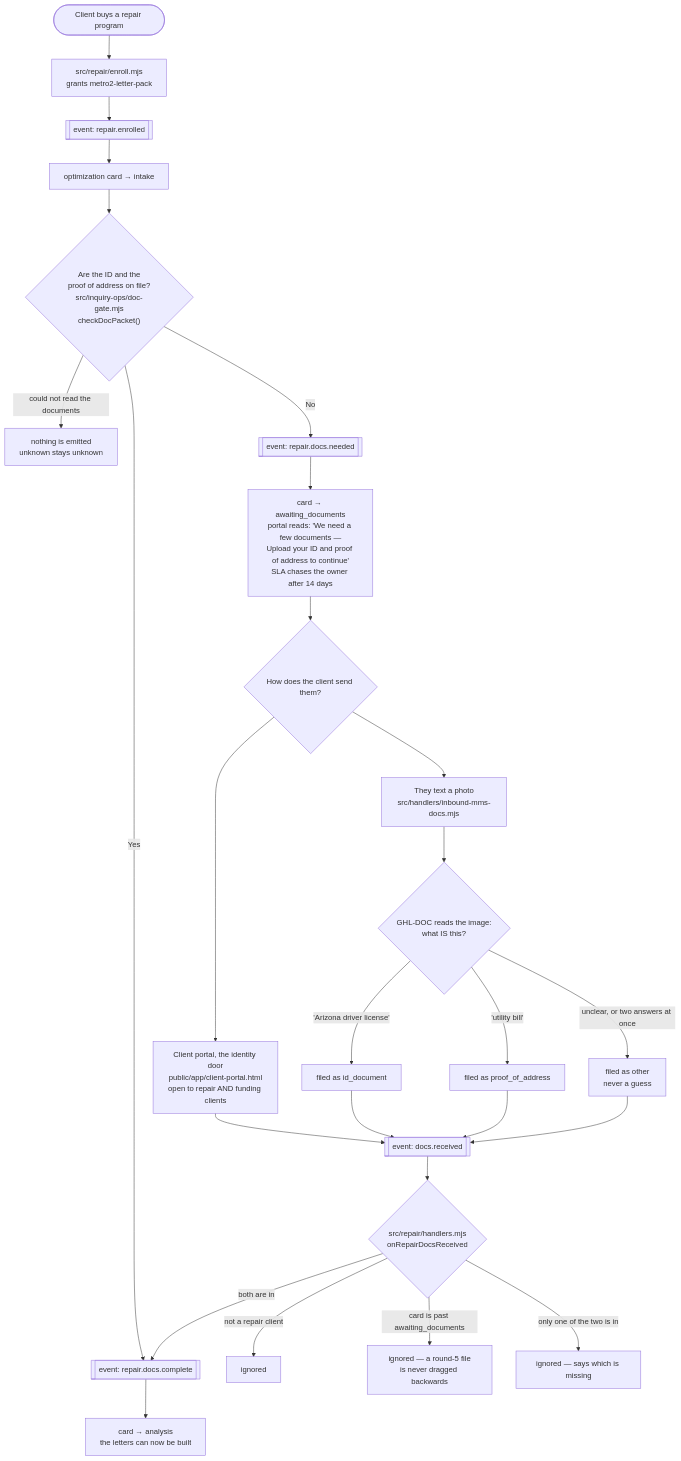
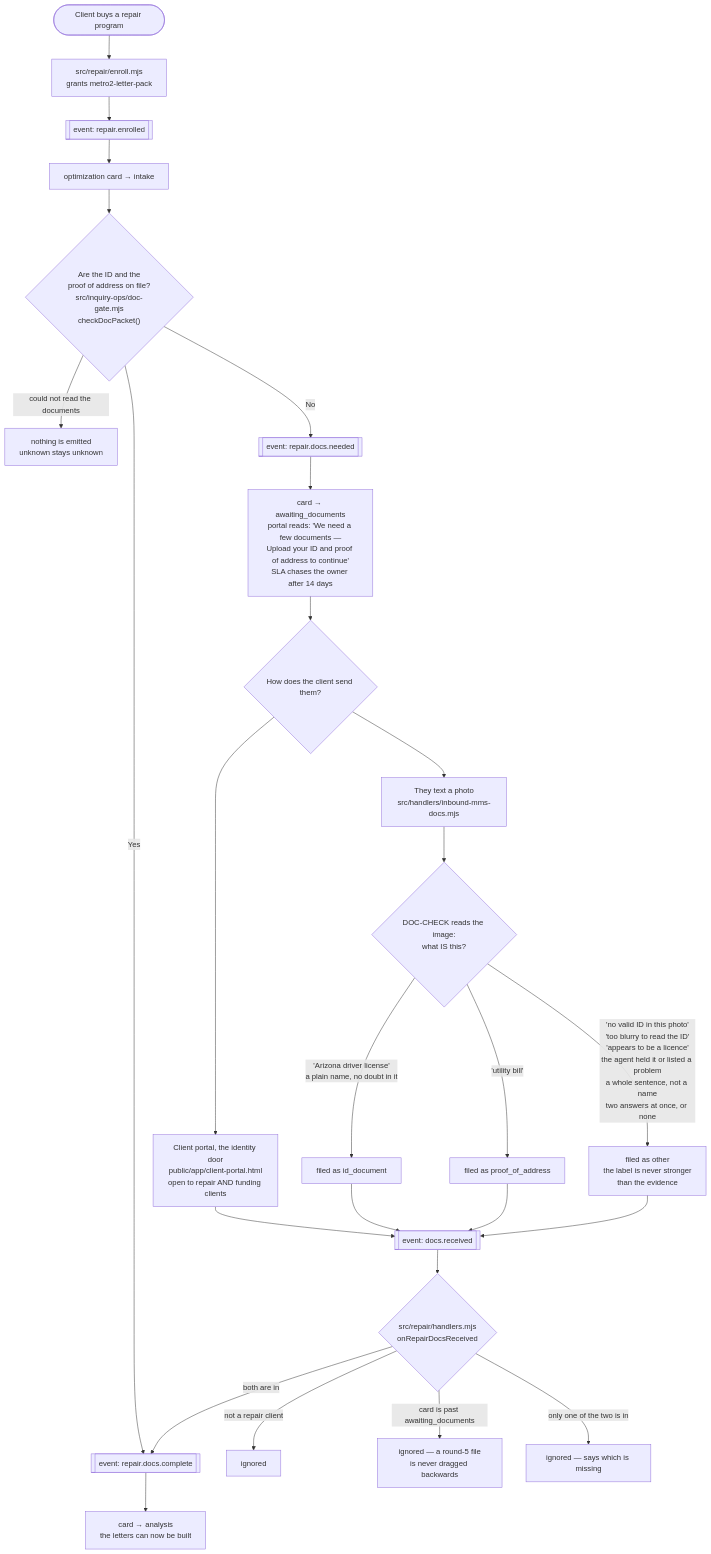
One commit to ZootimusMaximusSupreme/Fundhub_ai changed the diagram in docs/journeys/repair-documents-actual.md. Above: the diagram before and after it, drawn with Mermaid. The commit also changed other lines of this file and 3 other files, not shown here.

First line of the commit message:
Never label a photo a government ID the agent said was not one

````diff
--- a/docs/journeys/repair-documents-actual.md
+++ b/docs/journeys/repair-documents-actual.md
@@ -14,35 +14,35 @@
 ```mermaid
 flowchart TD
     BUY([Client buys a repair program]) --> ENROL["src/repair/enroll.mjs<br/>grants metro2-letter-pack"]
     ENROL --> EV1[["event: repair.enrolled"]]
     EV1 --> INTAKE["optimization card → intake"]
 
     INTAKE --> ASK{"Are the ID and the<br/>proof of address on file?<br/>src/inquiry-ops/doc-gate.mjs<br/>checkDocPacket()"}
     ASK -->|"could not read the documents"| UNK["nothing is emitted<br/>unknown stays unknown"]
     ASK -->|No| EV2[["event: repair.docs.needed"]]
     ASK -->|Yes| EV3[["event: repair.docs.complete"]]
 
     EV2 --> WAIT["card → awaiting_documents<br/>portal reads: 'We need a few documents —<br/>Upload your ID and proof of address to continue'<br/>SLA chases the owner after 14 days"]
 
     WAIT --> DOORS{"How does the client send them?"}
     DOORS --> PORTAL["Client portal, the identity door<br/>public/app/client-portal.html<br/>open to repair AND funding clients"]
     DOORS --> TEXT["They text a photo<br/>src/handlers/inbound-mms-docs.mjs"]
 
-    TEXT --> CLASSIFY{"GHL-DOC reads the image:<br/>what IS this?"}
-    CLASSIFY -->|"'Arizona driver license'"| SUB1["filed as id_document"]
+    TEXT --> CLASSIFY{"DOC-CHECK reads the image:<br/>what IS this?"}
+    CLASSIFY -->|"'Arizona driver license'<br/>a plain name, no doubt in it"| SUB1["filed as id_document"]
     CLASSIFY -->|"'utility bill'"| SUB2["filed as proof_of_address"]
-    CLASSIFY -->|"unclear, or two answers at once"| SUB3["filed as other<br/>never a guess"]
+    CLASSIFY -->|"'no valid ID in this photo'<br/>'too blurry to read the ID'<br/>'appears to be a licence'<br/>the agent held it or listed a problem<br/>a whole sentence, not a name<br/>two answers at once, or none"| SUB3["filed as other<br/>the label is never stronger<br/>than the evidence"]
 
     PORTAL --> RECV[["event: docs.received"]]
     SUB1 --> RECV
     SUB2 --> RECV
     SUB3 --> RECV
 
     RECV --> GUARD{"src/repair/handlers.mjs<br/>onRepairDocsReceived"}
     GUARD -->|"not a repair client"| STOP1[ignored]
     GUARD -->|"card is past awaiting_documents"| STOP2["ignored — a round-5 file<br/>is never dragged backwards"]
     GUARD -->|"only one of the two is in"| STOP3["ignored — says which is missing"]
     GUARD -->|"both are in"| EV3
 
     EV3 --> ANALYSIS["card → analysis<br/>the letters can now be built"]
 ```
````
